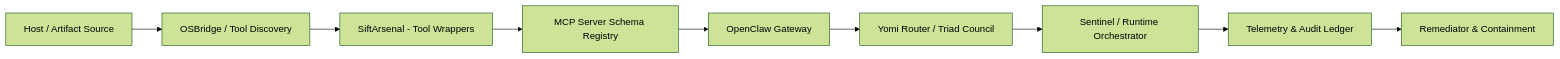
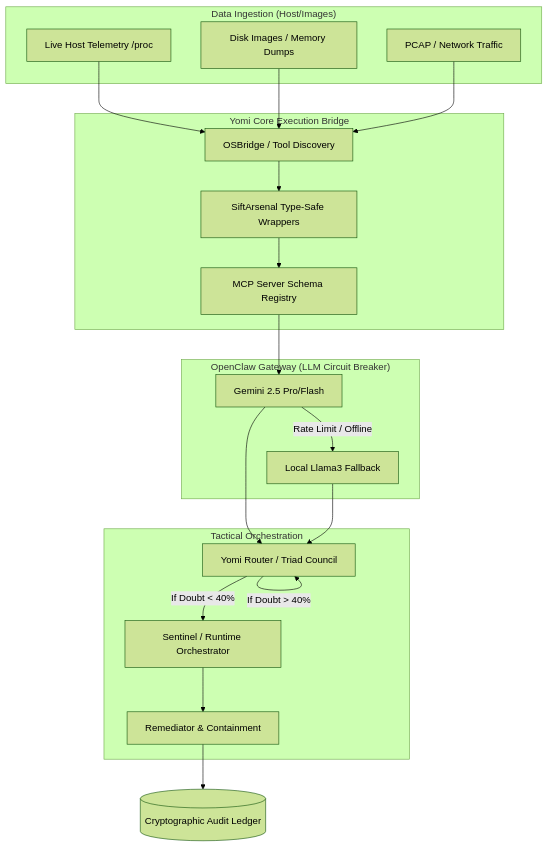
One commit to ArcVielLouvent/yomi-triage-system changed the first of 3 diagrams in README.md. Above: the diagram before and after it, drawn with Mermaid (forest theme). The commit also changed other lines of this file, not shown here.

````diff
--- a/README.md
+++ b/README.md
@@ -36,11 +55,44 @@
 ```mermaid
-graph LR;
-    A[Host / Artifact Source] --> B[OSBridge / Tool Discovery]
-    B --> C[SiftArsenal - Tool Wrappers]
-    C --> D[MCP Server Schema Registry]
-    D --> E[OpenClaw Gateway]
-    E --> F[Yomi Router / Triad Council]
-    F --> G[Sentinel / Runtime Orchestrator]
-    G --> H[Telemetry & Audit Ledger]
-    H --> I[Remediator & Containment]
+graph TD;
+    %% Artifact Sources
+    subgraph "Data Ingestion (Host/Images)"
+        A1[Live Host Telemetry /proc]
+        A2[Disk Images / Memory Dumps]
+        A3[PCAP / Network Traffic]
+    end
+
+    %% Yomi Hardware Abstraction
+    subgraph "Yomi Core Execution Bridge"
+        B[OSBridge / Tool Discovery]
+        C[SiftArsenal Type-Safe Wrappers]
+        D[MCP Server Schema Registry]
+    end
+
+    %% AI Brain
+    subgraph "OpenClaw Gateway (LLM Circuit Breaker)"
+        E1[Gemini 2.5 Pro/Flash]
+        E2[Local Llama3 Fallback]
+    end
+
+    %% Triage & Action
+    subgraph "Tactical Orchestration"
+        F[Yomi Router / Triad Council]
+        G[Sentinel / Runtime Orchestrator]
+        I[Remediator & Containment]
+    end
+
+    H[(Cryptographic Audit Ledger)]
+
+    %% Data Flow
+    A1 & A2 & A3 --> B
+    B --> C
+    C --> D
+    D --> E1
+    E1 -- "Rate Limit / Offline" --> E2
+    E1 & E2 --> F
+    F -- "If Doubt < 40%" --> G
+    F -- "If Doubt > 40%" --> F
+    G --> I
+    I --> H
+
 ```
````
